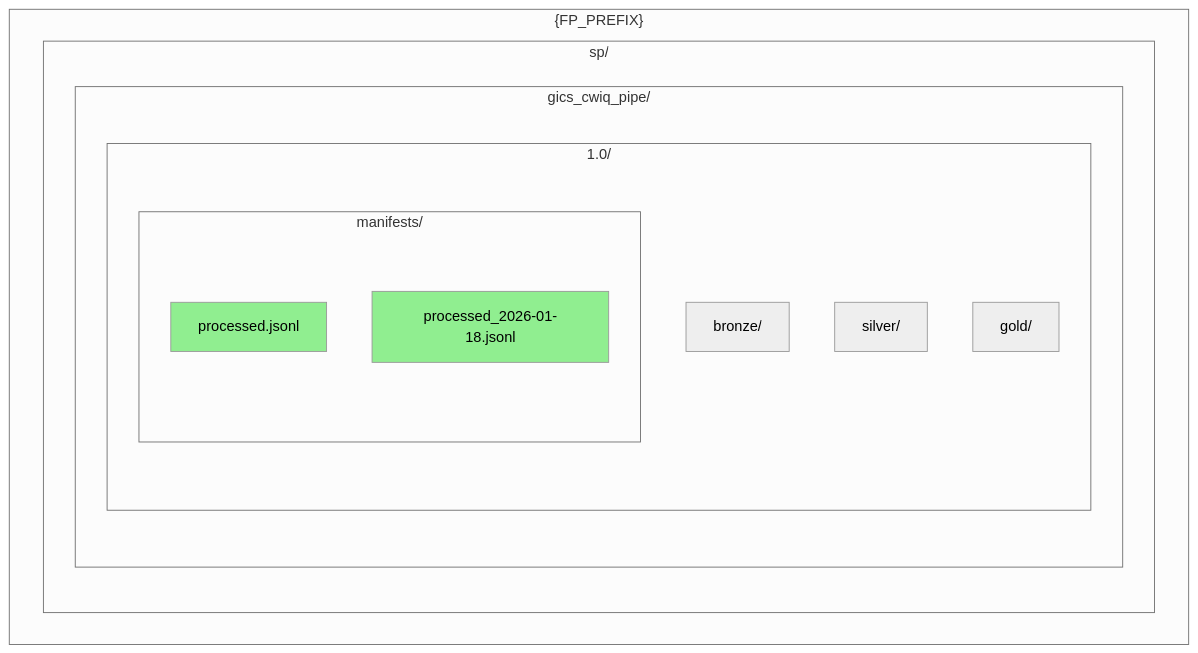
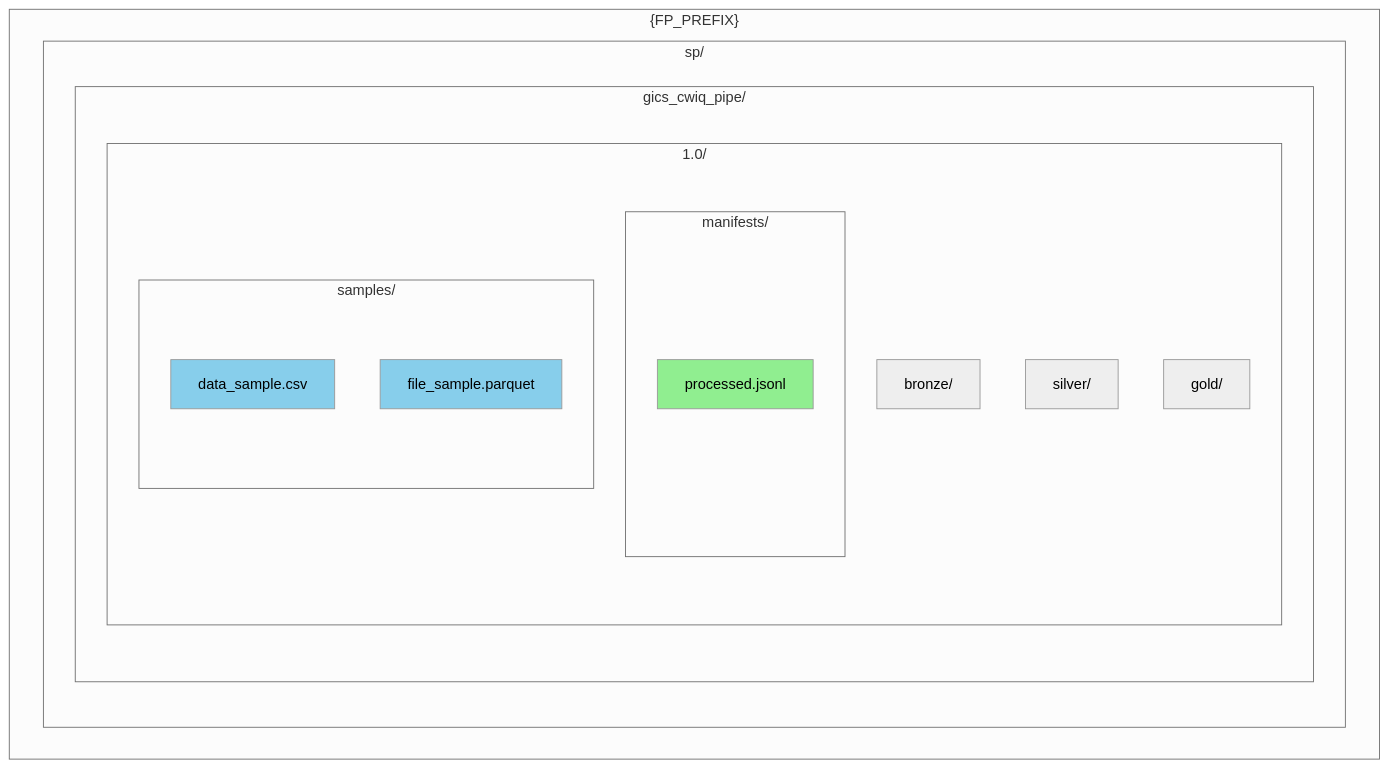
Diagram 18 of 22 in docs/brainstorms/staging-manifest.md (ThanuMahee12/AgentContext), drawn with Mermaid (neutral theme) before and after one commit. The commit also changed other lines of this file, not shown here.

Commit message:
docs: complete staging-manifest design with end-to-end diagrams

````diff
--- a/docs/brainstorms/staging-manifest.md
+++ b/docs/brainstorms/staging-manifest.md
@@ -151,21 +437,25 @@
 ```mermaid
 flowchart TB
     subgraph ROOT["{FP_PREFIX}"]
         subgraph VENDOR["sp/"]
             subgraph DATASET["gics_cwiq_pipe/"]
                 subgraph VERSION["1.0/"]
                     BRONZE["bronze/"]
                     SILVER["silver/"]
                     GOLD["gold/"]
                     subgraph MANIFESTS["manifests/"]
                         M1["processed.jsonl"]
-                        M2["processed_2026-01-18.jsonl"]
+                    end
+                    subgraph SAMPLES["samples/"]
+                        S1["data_sample.csv"]
+                        S2["file_sample.parquet"]
                     end
                 end
             end
         end
     end
 
     style M1 fill:#90EE90
-    style M2 fill:#90EE90
+    style S1 fill:#87CEEB
+    style S2 fill:#87CEEB
 ```
````
